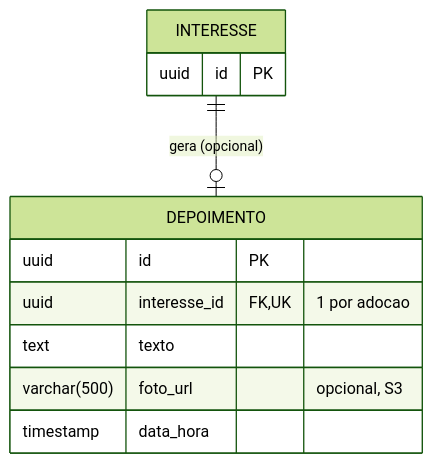
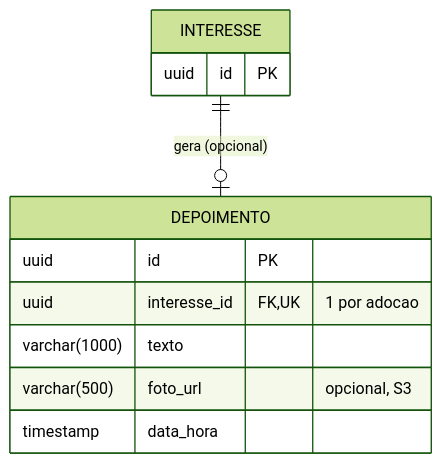
Before and after one commit to HayrineQueirozdeLima/Adota-Aqui: the fifth of 5 diagrams in docs/diagramas/diagramas-adota-aqui.md, drawn with Mermaid (forest theme). The commit also changed other lines of this file and 41 other files, not shown here.

````diff
--- a/docs/diagramas/diagramas-adota-aqui.md
+++ b/docs/diagramas/diagramas-adota-aqui.md
@@ -306,16 +311,16 @@
 ```mermaid
 erDiagram
     INTERESSE ||--o| DEPOIMENTO : "gera (opcional)"
 
     INTERESSE {
         uuid id PK
     }
 
     DEPOIMENTO {
         uuid id PK
         uuid interesse_id FK, UK "1 por adocao"
-        text texto
+        varchar(1000) texto
         varchar(500) foto_url "opcional, S3"
         timestamp data_hora
     }
 ```
````
